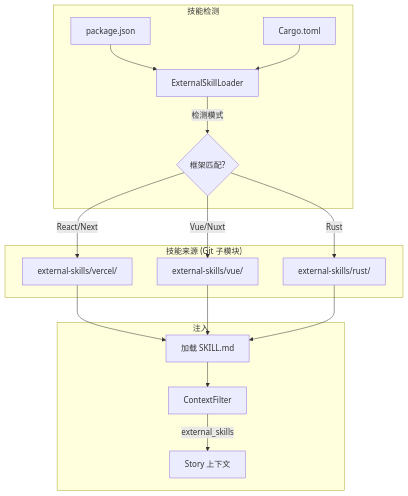
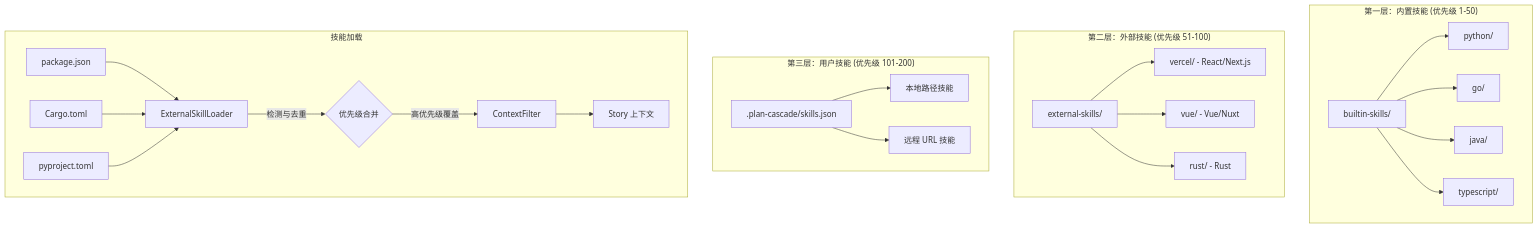
Before and after one commit to Taoidle/plan-cascade: the eighth of 13 diagrams in docs/System-Architecture_zh.md, drawn with Mermaid. The commit also changed other lines of this file and 18 other files, not shown here.

First line of the commit message:
feat(plugin): add three-tier skill priority system with builtin skills

````diff
--- a/docs/System-Architecture_zh.md
+++ b/docs/System-Architecture_zh.md
@@ -436,22 +436,32 @@
 ```mermaid
 flowchart TD
-    subgraph "技能检测"
+    subgraph "第一层：内置技能 (优先级 1-50)"
+        BS[builtin-skills/]
+        BS --> PY[python/]
+        BS --> GO[go/]
+        BS --> JAVA[java/]
+        BS --> TS[typescript/]
+    end
+
+    subgraph "第二层：外部技能 (优先级 51-100)"
+        ES[external-skills/]
+        ES --> VS[vercel/ - React/Next.js]
+        ES --> VUE[vue/ - Vue/Nuxt]
+        ES --> RS[rust/ - Rust]
+    end
+
+    subgraph "第三层：用户技能 (优先级 101-200)"
+        UC[.plan-cascade/skills.json]
+        UC --> LOCAL[本地路径技能]
+        UC --> REMOTE[远程 URL 技能]
+    end
+
+    subgraph "技能加载"
         PJ[package.json] --> ESL[ExternalSkillLoader]
         CT[Cargo.toml] --> ESL
-        ESL --> |检测模式| MATCH{框架匹配?}
-    end
-
-    subgraph "技能来源 (Git 子模块)"
-        MATCH -->|React/Next| VS[external-skills/vercel/]
-        MATCH -->|Vue/Nuxt| VUE[external-skills/vue/]
-        MATCH -->|Rust| RS[external-skills/rust/]
-    end
-
-    subgraph "注入"
-        VS --> LOAD[加载 SKILL.md]
-        VUE --> LOAD
-        RS --> LOAD
-        LOAD --> CF2[ContextFilter]
-        CF2 --> |external_skills| SC2[Story 上下文]
+        PP[pyproject.toml] --> ESL
+        ESL --> |检测与去重| MERGE{优先级合并}
+        MERGE --> |高优先级覆盖| CF2[ContextFilter]
+        CF2 --> SC2[Story 上下文]
     end
 ```
````
